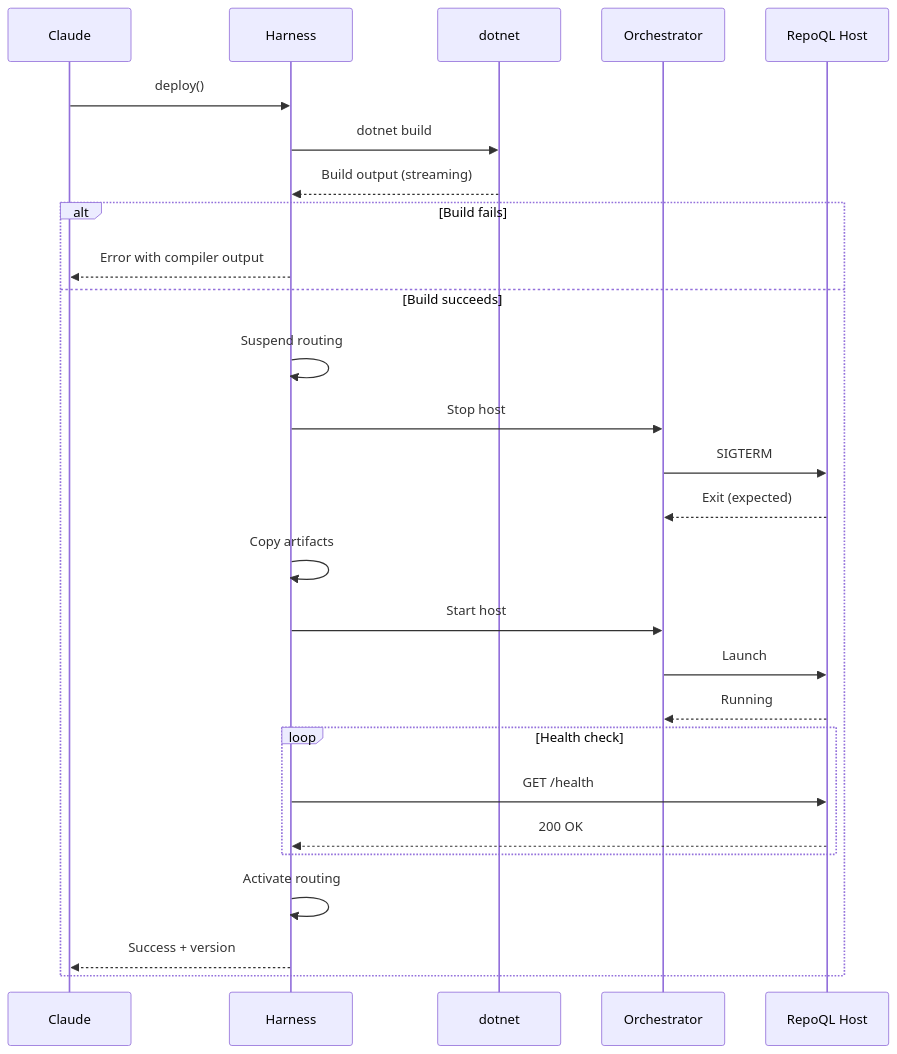
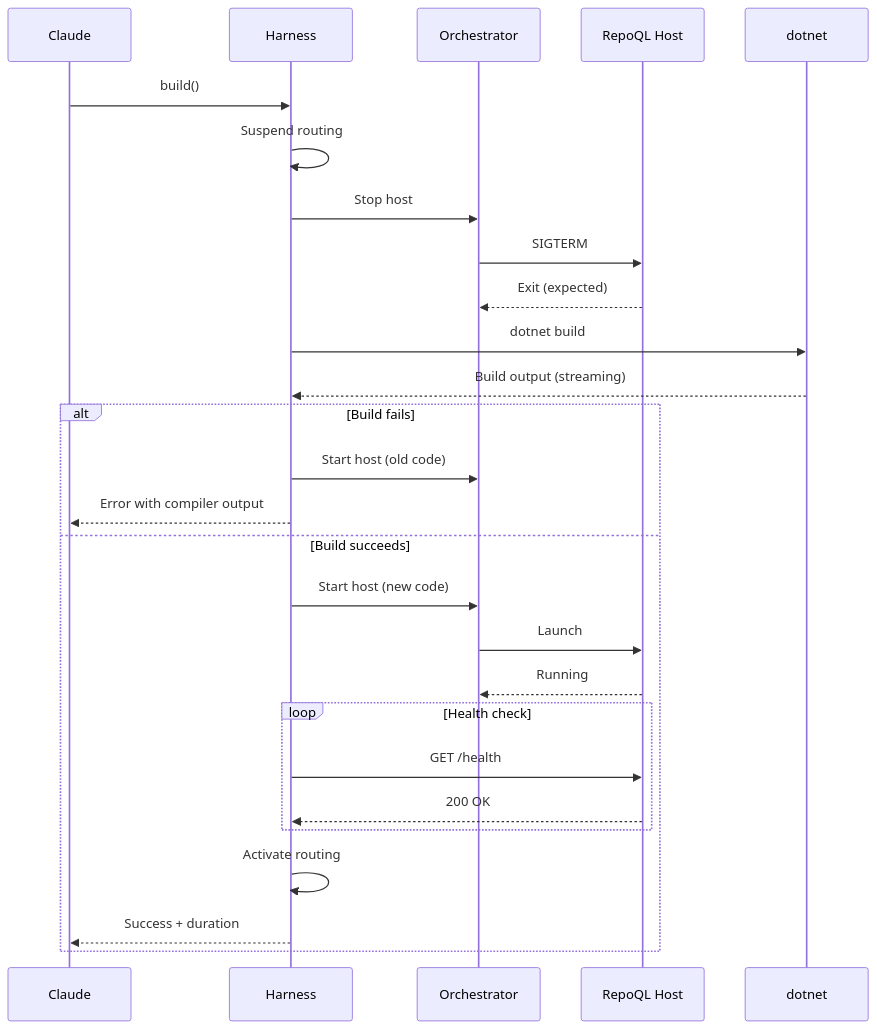
The first of 2 diagrams in docs/flows/future/dev-harness/build-deploy-activate.md (RepoQL/RepoQL), drawn with Mermaid before and after one commit. The commit also changed other lines of this file and 12 other files, not shown here.

First line of the commit message:
Add dev harness design, flow, and plan documentation

````diff
--- a/docs/flows/future/dev-harness/build-deploy-activate.md
+++ b/docs/flows/future/dev-harness/build-deploy-activate.md
@@ -133,37 +114,36 @@
 ```mermaid
 sequenceDiagram
     participant Agent as Claude
     participant Harness
+    participant Aspire as Orchestrator
+    participant Host as RepoQL Host
     participant CLI as dotnet
-    participant Orch as Orchestrator
-    participant Host as RepoQL Host
 
-    Agent->>Harness: deploy()
+    Agent->>Harness: build()
+
+    Harness->>Harness: Suspend routing
+
+    Harness->>Aspire: Stop host
+    Aspire->>Host: SIGTERM
+    Host-->>Aspire: Exit (expected)
 
     Harness->>CLI: dotnet build
     CLI-->>Harness: Build output (streaming)
 
     alt Build fails
+        Harness->>Aspire: Start host (old code)
         Harness-->>Agent: Error with compiler output
     else Build succeeds
-        Harness->>Harness: Suspend routing
-
-        Harness->>Orch: Stop host
-        Orch->>Host: SIGTERM
-        Host-->>Orch: Exit (expected)
-
-        Harness->>Harness: Copy artifacts
-
-        Harness->>Orch: Start host
-        Orch->>Host: Launch
-        Host-->>Orch: Running
+        Harness->>Aspire: Start host (new code)
+        Aspire->>Host: Launch
+        Host-->>Aspire: Running
 
         loop Health check
             Harness->>Host: GET /health
             Host-->>Harness: 200 OK
         end
 
         Harness->>Harness: Activate routing
-        Harness-->>Agent: Success + version
+        Harness-->>Agent: Success + duration
     end
 ```
````
